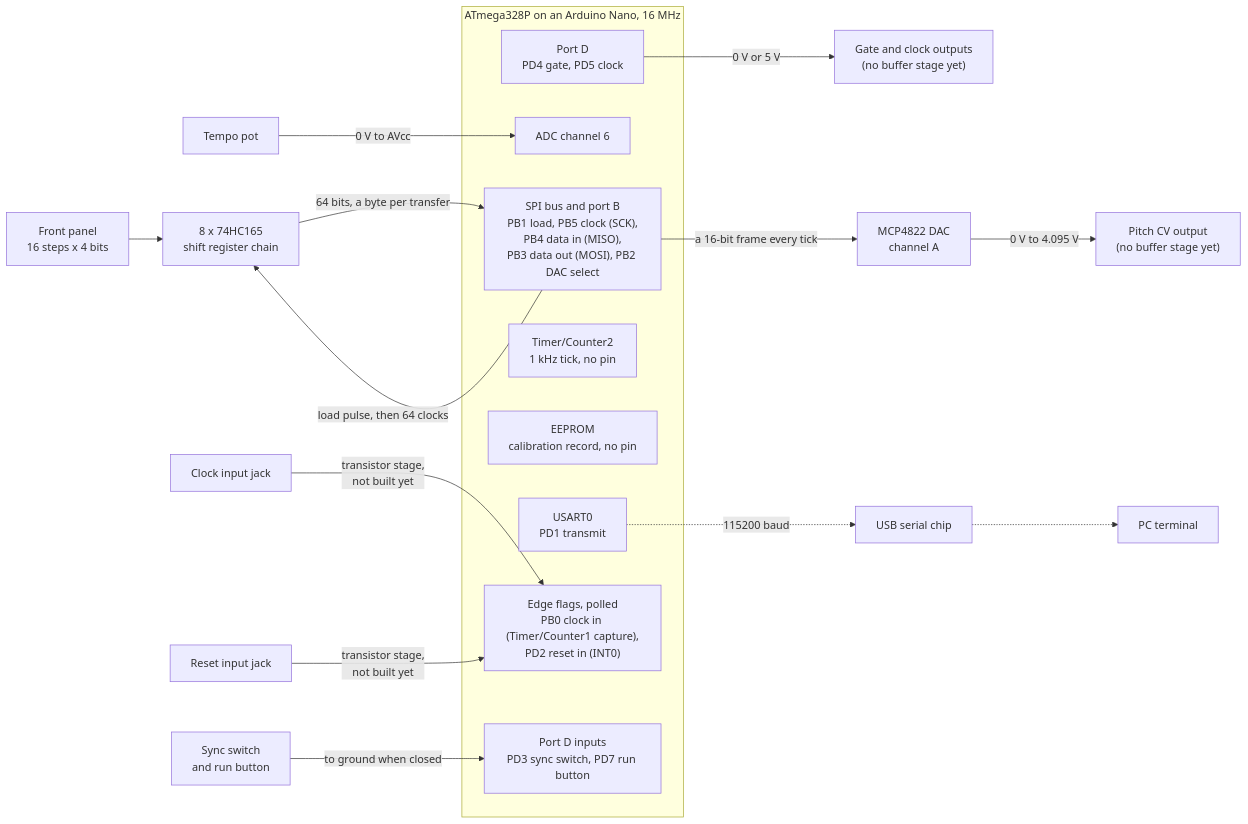
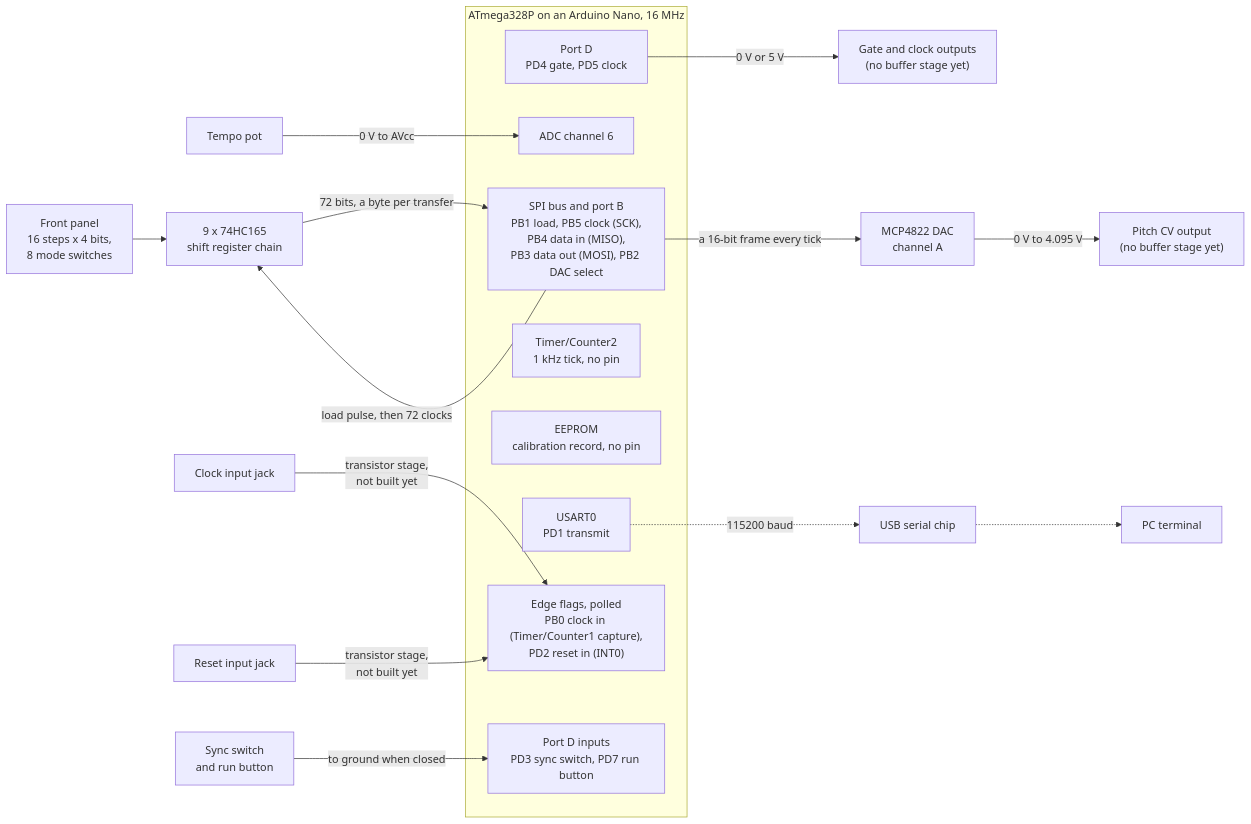
Before and after one commit to BonelessPig/nano_sequencer: the first of 27 diagrams in docs/ARCHITECTURE.md, drawn with Mermaid. The commit also changed other lines of this file and 35 other files, not shown here.

First line of the commit message:
Phase 7, first piece: mode switches, a choice of engine, and the stage engine

````diff
--- a/docs/ARCHITECTURE.md
+++ b/docs/ARCHITECTURE.md
@@ -31,26 +32,26 @@
 ```mermaid
 flowchart LR
-    panel["Front panel<br/>16 steps x 4 bits"] --> chain["8 x 74HC165<br/>shift register chain"]
+    panel["Front panel<br/>16 steps x 4 bits,<br/>8 mode switches"] --> chain["9 x 74HC165<br/>shift register chain"]
     pot["Tempo pot"]
     subgraph mcu["ATmega328P on an Arduino Nano, 16 MHz"]
         gpio["SPI bus and port B<br/>PB1 load, PB5 clock (SCK),<br/>PB4 data in (MISO),<br/>PB3 data out (MOSI), PB2 DAC select"]
         adc["ADC channel 6"]
         usart["USART0<br/>PD1 transmit"]
         timer["Timer/Counter2<br/>1 kHz tick, no pin"]
         eeprom["EEPROM<br/>calibration record, no pin"]
         outs["Port D<br/>PD4 gate, PD5 clock"]
         edges["Edge flags, polled<br/>PB0 clock in (Timer/Counter1 capture),<br/>PD2 reset in (INT0)"]
         levels["Port D inputs<br/>PD3 sync switch, PD7 run button"]
     end
     clkjack["Clock input jack"] -->|"transistor stage,<br/>not built yet"| edges
     rstjack["Reset input jack"] -->|"transistor stage,<br/>not built yet"| edges
     sw["Sync switch<br/>and run button"] -->|"to ground when closed"| levels
     outs -->|"0 V or 5 V"| jacks["Gate and clock outputs<br/>(no buffer stage yet)"]
-    gpio -->|"load pulse, then 64 clocks"| chain
+    gpio -->|"load pulse, then 72 clocks"| chain
     gpio -->|"a 16-bit frame every tick"| dac["MCP4822 DAC<br/>channel A"]
     dac -->|"0 V to 4.095 V"| cvjack["Pitch CV output<br/>(no buffer stage yet)"]
-    chain -->|"64 bits, a byte per transfer"| gpio
+    chain -->|"72 bits, a byte per transfer"| gpio
     pot -->|"0 V to AVcc"| adc
     usart -.->|"115200 baud"| usb["USB serial chip"]
     usb -.-> pc["PC terminal"]
 ```
````
